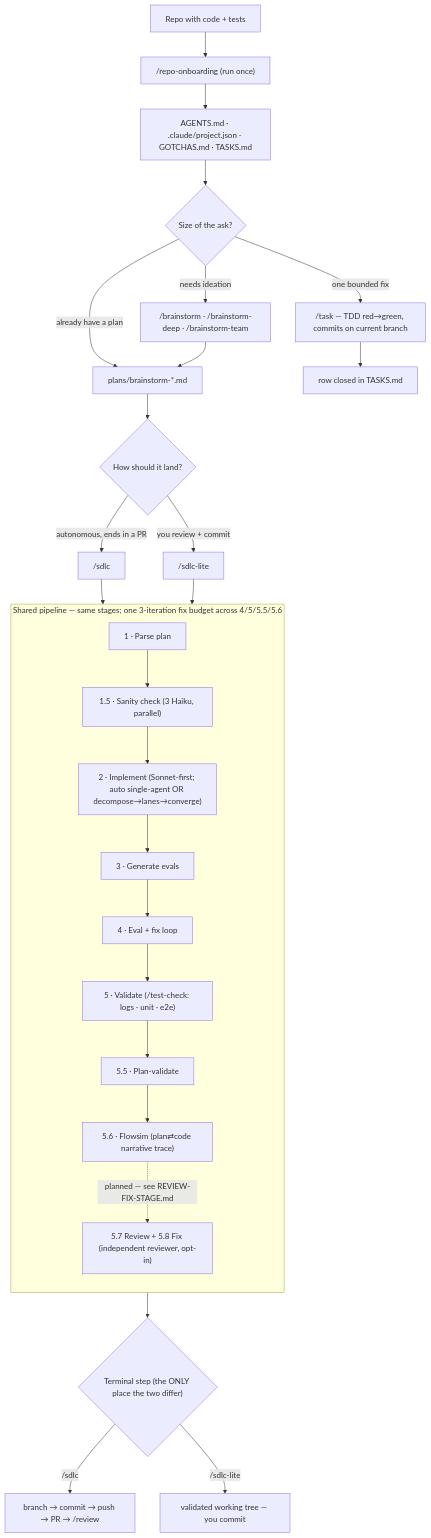
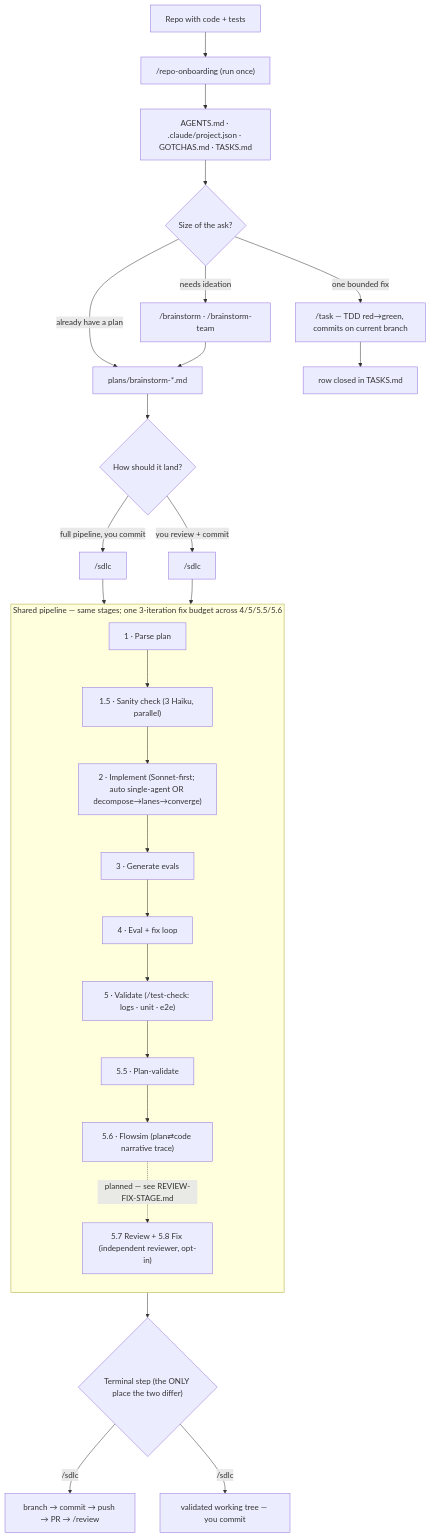
Before and after one commit to exerias21/brainstorm-toolkit: the diagram in docs/FLOW.md, drawn with Mermaid. The commit also changed other lines of this file and 80 other files, not shown here.

First line of the commit message:
Claude/sdlc lite pipeline review uf6hkx (#13)

````diff
--- a/docs/FLOW.md
+++ b/docs/FLOW.md
@@ -23,32 +23,32 @@
 ```mermaid
 flowchart TD
     R["Repo with code + tests"] --> ONB["/repo-onboarding  (run once)"]
     ONB --> CFG["AGENTS.md · .claude/project.json · GOTCHAS.md · TASKS.md"]
     CFG --> PICK{"Size of the ask?"}
 
     PICK -->|"one bounded fix"| TASK["/task — TDD red→green, commits on current branch"]
-    PICK -->|"needs ideation"| BS["/brainstorm · /brainstorm-deep · /brainstorm-team"]
+    PICK -->|"needs ideation"| BS["/brainstorm · /brainstorm-team"]
     PICK -->|"already have a plan"| PLAN["plans/brainstorm-*.md"]
     BS --> PLAN
 
     PLAN --> DELIV{"How should it land?"}
-    DELIV -->|"autonomous, ends in a PR"| SDLC["/sdlc"]
-    DELIV -->|"you review + commit"| LITE["/sdlc-lite"]
+    DELIV -->|"full pipeline, you commit"| SDLC["/sdlc"]
+    DELIV -->|"you review + commit"| LITE["/sdlc"]
     SDLC --> PIPE
     LITE --> PIPE
 
     subgraph PIPE ["Shared pipeline — same stages; one 3-iteration fix budget across 4/5/5.5/5.6"]
       direction TB
       S1["1 · Parse plan"] --> S15["1.5 · Sanity check (3 Haiku, parallel)"]
       S15 --> S2["2 · Implement (Sonnet-first; auto single-agent OR decompose→lanes→converge)"]
       S2 --> S3["3 · Generate evals"] --> S4["4 · Eval + fix loop"]
       S4 --> S5["5 · Validate (/test-check: logs · unit · e2e)"] --> S55["5.5 · Plan-validate"]
       S55 --> S56["5.6 · Flowsim (plan⇄code narrative trace)"]
       S56 -. "planned — see REVIEW-FIX-STAGE.md" .-> S57["5.7 Review + 5.8 Fix (independent reviewer, opt-in)"]
     end
 
     PIPE --> OUT{"Terminal step (the ONLY place the two differ)"}
     OUT -->|"/sdlc"| PR["branch → commit → push → PR → /review"]
-    OUT -->|"/sdlc-lite"| HO["validated working tree — you commit"]
+    OUT -->|"/sdlc"| HO["validated working tree — you commit"]
     TASK --> DONE["row closed in TASKS.md"]
 ```
````
